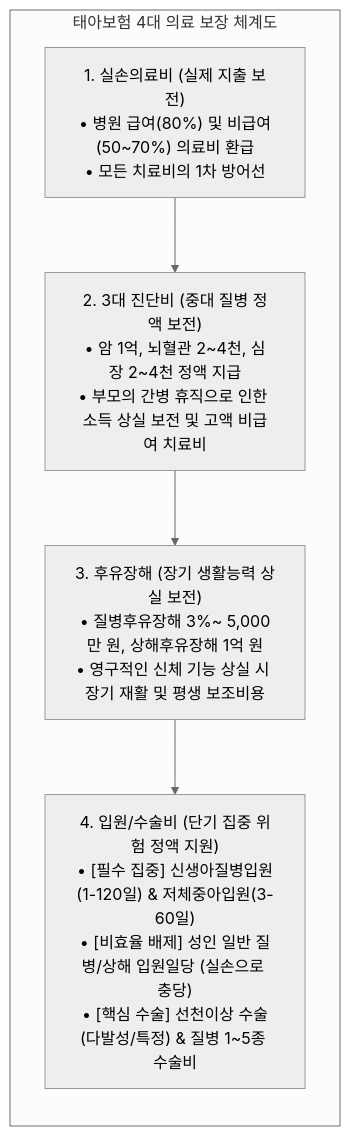
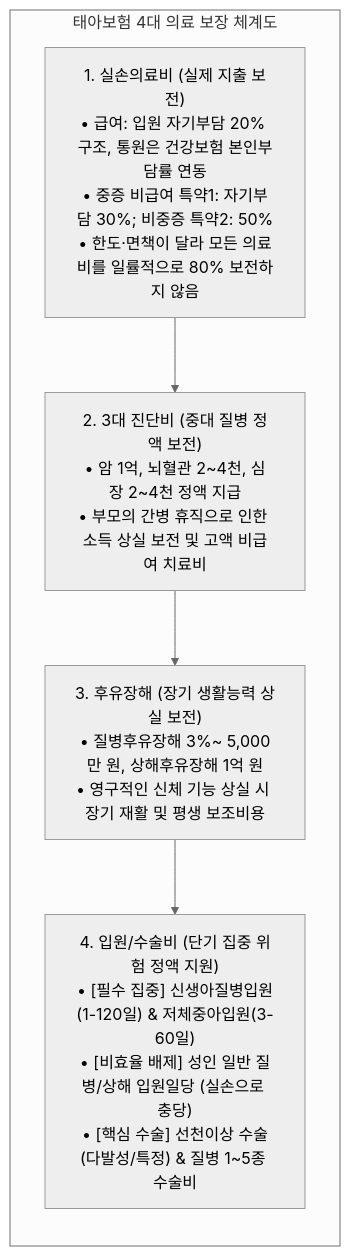
Before and after one commit to upple/fetal-insurance-guide-2026: the second of 2 diagrams in raw_sources/05_indemnity_health_insurance_5th_gen_2026.md, drawn with Mermaid (neutral theme). The commit also changed other lines of this file and 21 other files, not shown here.

````diff
--- a/raw_sources/05_indemnity_health_insurance_5th_gen_2026.md
+++ b/raw_sources/05_indemnity_health_insurance_5th_gen_2026.md
@@ -57,15 +57,15 @@
 ```mermaid
 flowchart TD
     subgraph Arch["태아보험 4대 의료 보장 체계도"]
         direction TB
 
-        R1["1. 실손의료비 (실제 지출 보전)<br/>• 병원 급여(80%) 및 비급여(50~70%) 의료비 환급<br/>• 모든 치료비의 1차 방어선"]
+        R1["1. 실손의료비 (실제 지출 보전)<br/>• 급여: 입원 자기부담 20% 구조, 통원은 건강보험 본인부담률 연동<br/>• 중증 비급여 특약1: 자기부담 30%; 비중증 특약2: 50%<br/>• 한도·면책이 달라 모든 의료비를 일률적으로 80% 보전하지 않음"]
         R2["2. 3대 진단비 (중대 질병 정액 보전)<br/>• 암 1억, 뇌혈관 2~4천, 심장 2~4천 정액 지급<br/>• 부모의 간병 휴직으로 인한 소득 상실 보전 및 고액 비급여 치료비"]
         R3["3. 후유장해 (장기 생활능력 상실 보전)<br/>• 질병후유장해 3%~ 5,000만 원, 상해후유장해 1억 원<br/>• 영구적인 신체 기능 상실 시 장기 재활 및 평생 보조비용"]
         R4["4. 입원/수술비 (단기 집중 위험 정액 지원)<br/>• [필수 집중] 신생아질병입원(1-120일) & 저체중아입원(3-60일)<br/>• [비효율 배제] 성인 일반 질병/상해 입원일당 (실손으로 충당)<br/>• [핵심 수술] 선천이상 수술(다발성/특정) & 질병 1~5종 수술비"]
 
         R1 --> R2
         R2 --> R3
         R3 --> R4
     end
 ```
````
